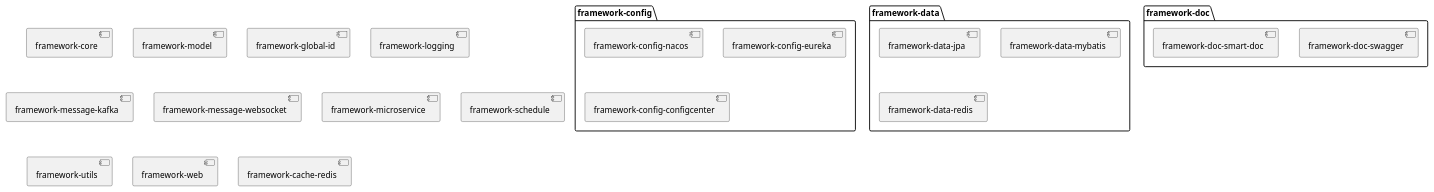
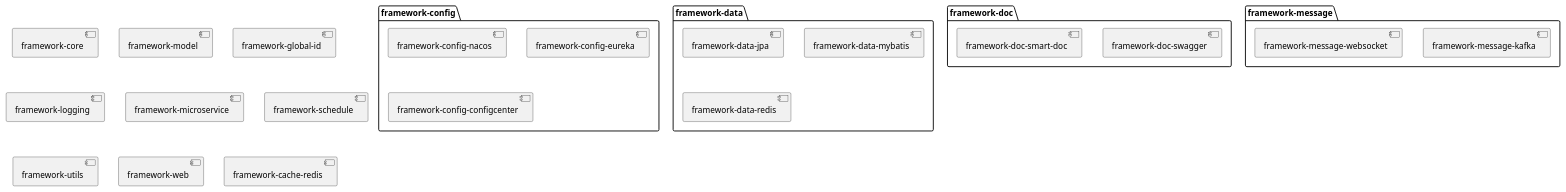
One commit to caijh/framework changed the diagram in puml/framework.component.puml. Above: the diagram before and after it, drawn with PlantUML. The commit also changed 9 other files, not shown here.

```diff
--- a/puml/framework.component.puml
+++ b/puml/framework.component.puml
@@ -1,31 +1,33 @@
 @startuml
 'https://plantuml.com/component-diagram
 
 [framework-core]
 [framework-model]
 
 package "framework-config" {
   [framework-config-nacos]
   [framework-config-eureka]
   [framework-config-configcenter]
 }
 
 package framework-data {
   [framework-data-jpa]
   [framework-data-mybatis]
   [framework-data-redis]
 }
 package framework-doc {
   [framework-doc-swagger]
   [framework-doc-smart-doc]
 }
 [framework-global-id]
 [framework-logging]
-[framework-message-kafka]
-[framework-message-websocket]
+package framework-message {
+  [framework-message-kafka]
+  [framework-message-websocket]
+}
 [framework-microservice]
 [framework-schedule]
 [framework-utils]
 [framework-web]
 [framework-cache-redis]
 @enduml
```
